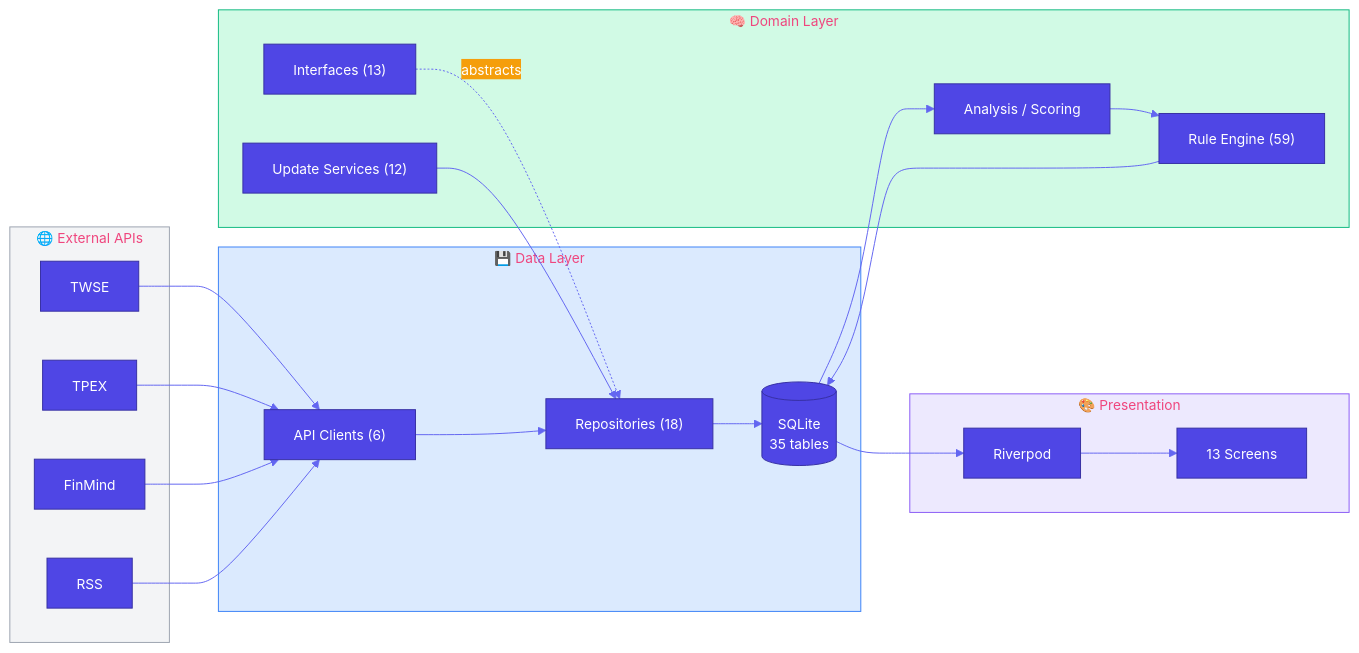
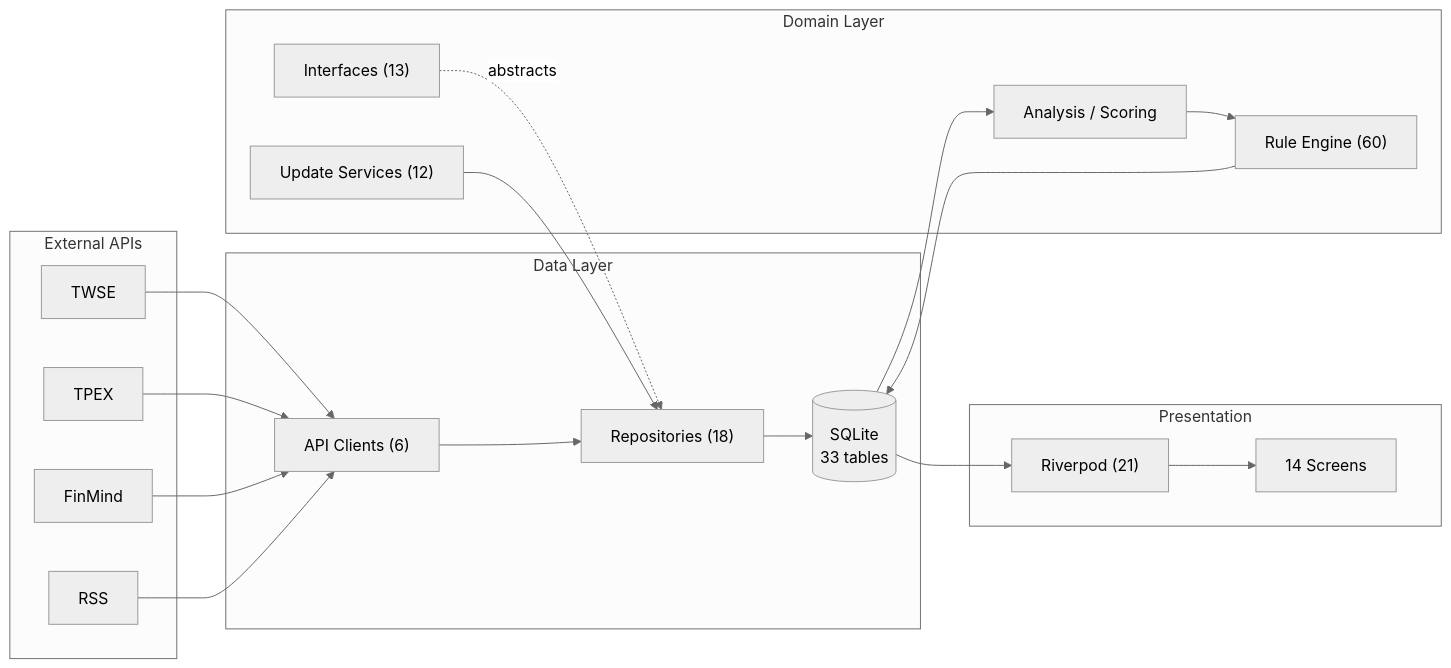
One commit to Neal75418/afterclose changed the first of 2 diagrams in README.md. Above: the diagram before and after it, drawn with Mermaid. The commit also changed other lines of this file and 1 other file, not shown here.

````diff
--- a/README.md
+++ b/README.md
@@ -88,41 +89,36 @@
 ```mermaid
-%%{init: {'theme': 'base', 'themeVariables': {'primaryColor': '#4F46E5', 'primaryTextColor': '#fff', 'primaryBorderColor': '#3730A3', 'secondaryColor': '#F59E0B', 'tertiaryColor': '#10B981', 'lineColor': '#6366F1', 'fontSize': '14px'}}}%%
+%%{init: {'theme': 'neutral'}}%%
 flowchart LR
-    subgraph External["🌐 External APIs"]
+    subgraph External["External APIs"]
         TWSE["TWSE"]
         TPEX["TPEX"]
         FM["FinMind"]
         RSS["RSS"]
     end
 
-    subgraph Data["💾 Data Layer"]
+    subgraph Data["Data Layer"]
         Remote["API Clients (6)"]
         Repo["Repositories (18)"]
-        DB[("SQLite\n35 tables")]
+        DB[("SQLite\n33 tables")]
     end
 
-    subgraph Domain["🧠 Domain Layer"]
+    subgraph Domain["Domain Layer"]
         IF["Interfaces (13)"]
         Services["Analysis / Scoring"]
-        Rules["Rule Engine (59)"]
+        Rules["Rule Engine (60)"]
         Update["Update Services (12)"]
     end
 
-    subgraph Presentation["🎨 Presentation"]
-        Provider["Riverpod"]
-        UI["13 Screens"]
+    subgraph Presentation["Presentation"]
+        Provider["Riverpod (21)"]
+        UI["14 Screens"]
     end
 
     TWSE & TPEX & FM & RSS --> Remote
     Remote --> Repo --> DB
     IF -.->|abstracts| Repo
     DB --> Services --> Rules
     Rules --> DB
     Update --> Repo
     DB --> Provider --> UI
-
-    style External fill:#F3F4F6,stroke:#9CA3AF
-    style Data fill:#DBEAFE,stroke:#3B82F6
-    style Domain fill:#D1FAE5,stroke:#10B981
-    style Presentation fill:#EDE9FE,stroke:#8B5CF6
 ```
````
